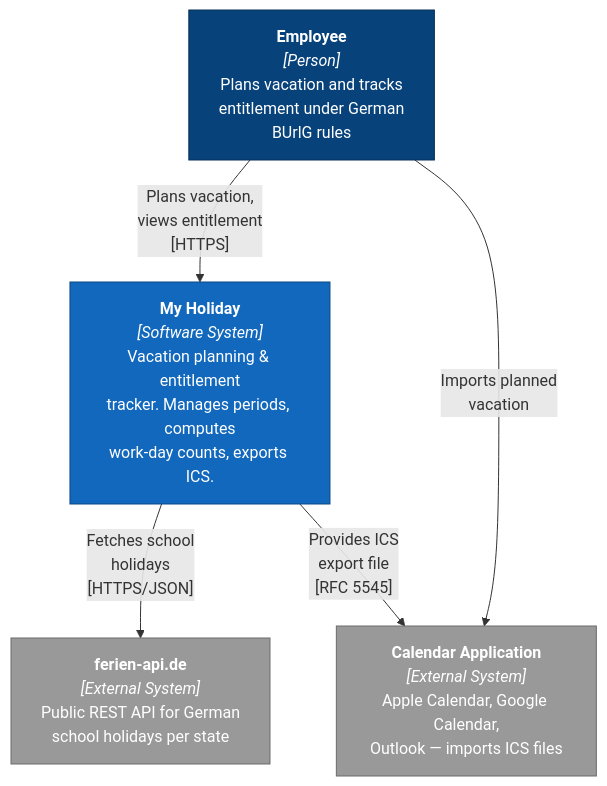
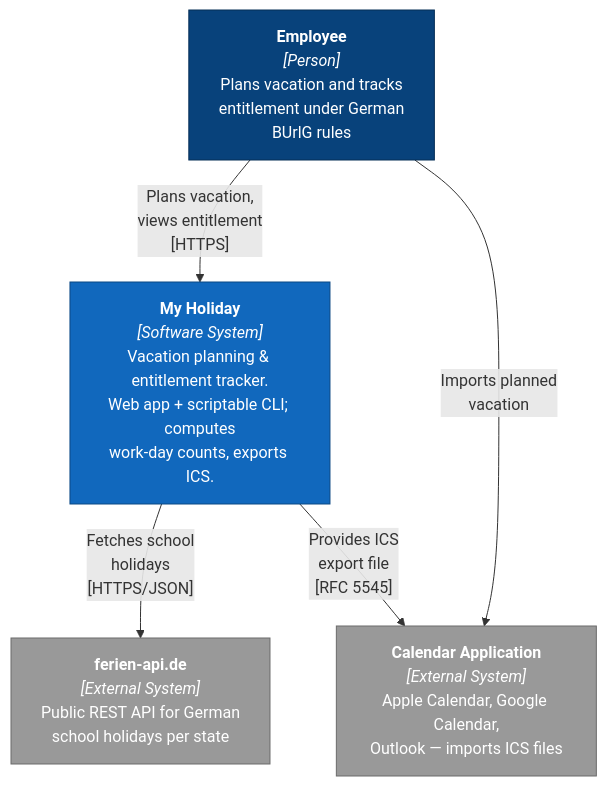
One commit to hendrik77/my_holiday changed the first of 2 diagrams in ARCHITECTURE.md. Above: the diagram before and after it, drawn with Mermaid. The commit also changed other lines of this file and 4 other files, not shown here.

````diff
--- a/ARCHITECTURE.md
+++ b/ARCHITECTURE.md
@@ -21,23 +22,23 @@
 ```mermaid
 flowchart TB
     user["<b>Employee</b><br/><i>[Person]</i><br/>Plans vacation and tracks<br/>entitlement under German<br/>BUrlG rules"]
 
-    system["<b>My Holiday</b><br/><i>[Software System]</i><br/>Vacation planning &amp; entitlement<br/>tracker. Manages periods, computes<br/>work-day counts, exports ICS."]
+    system["<b>My Holiday</b><br/><i>[Software System]</i><br/>Vacation planning &amp; entitlement tracker.<br/>Web app + scriptable CLI; computes<br/>work-day counts, exports ICS."]
 
     ferien["<b>ferien-api.de</b><br/><i>[External System]</i><br/>Public REST API for German<br/>school holidays per state"]
 
     calendar["<b>Calendar Application</b><br/><i>[External System]</i><br/>Apple Calendar, Google Calendar,<br/>Outlook — imports ICS files"]
 
     user -- "Plans vacation,<br/>views entitlement<br/>[HTTPS]" --> system
     system -- "Fetches school<br/>holidays<br/>[HTTPS/JSON]" --> ferien
     system -- "Provides ICS<br/>export file<br/>[RFC 5545]" --> calendar
     user -- "Imports planned<br/>vacation" --> calendar
 
     classDef person fill:#08427B,stroke:#052E56,color:#fff
     classDef sys fill:#1168BD,stroke:#0B4884,color:#fff
     classDef external fill:#999999,stroke:#6B6B6B,color:#fff
 
     class user person
     class system sys
     class ferien,calendar external
 ```
````
